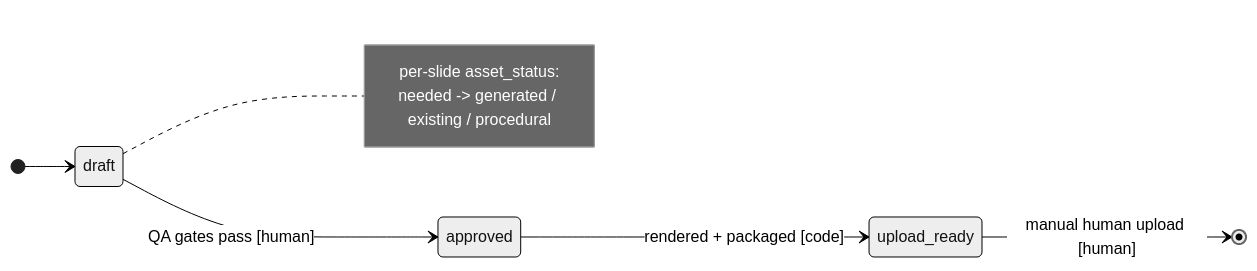
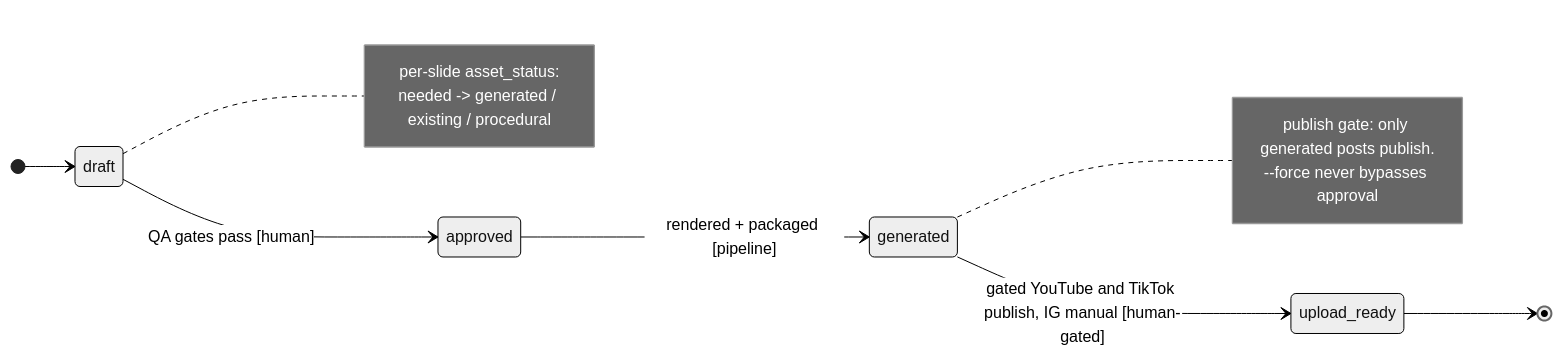
The third of 4 diagrams in renderer/docs/PROJECT_ARCHITECTURE.md (jondmarien/ai-ugc-pipeline), drawn with Mermaid (neutral theme) before and after one commit. The commit also changed other lines of this file and 3 other files, not shown here.

First line of the commit message:
docs(architecture): add PUBLISHING_ARCHITECTURE; sync PROJECT/PIPELINE; tighten README Status

````diff
--- a/renderer/docs/PROJECT_ARCHITECTURE.md
+++ b/renderer/docs/PROJECT_ARCHITECTURE.md
@@ -202,12 +223,17 @@
 ```mermaid
 stateDiagram-v2
     direction LR
     [*] --> draft
     draft --> approved : QA gates pass [human]
-    approved --> upload_ready : rendered + packaged [code]
-    upload_ready --> [*] : manual human upload [human]
+    approved --> generated : rendered + packaged [pipeline]
+    generated --> upload_ready : gated YouTube and TikTok publish, IG manual [human-gated]
+    upload_ready --> [*]
     note right of draft
         per-slide asset_status:
         needed -> generated / existing / procedural
     end note
+    note right of generated
+        publish gate: only generated posts publish.
+        --force never bypasses approval
+    end note
 ```
````
